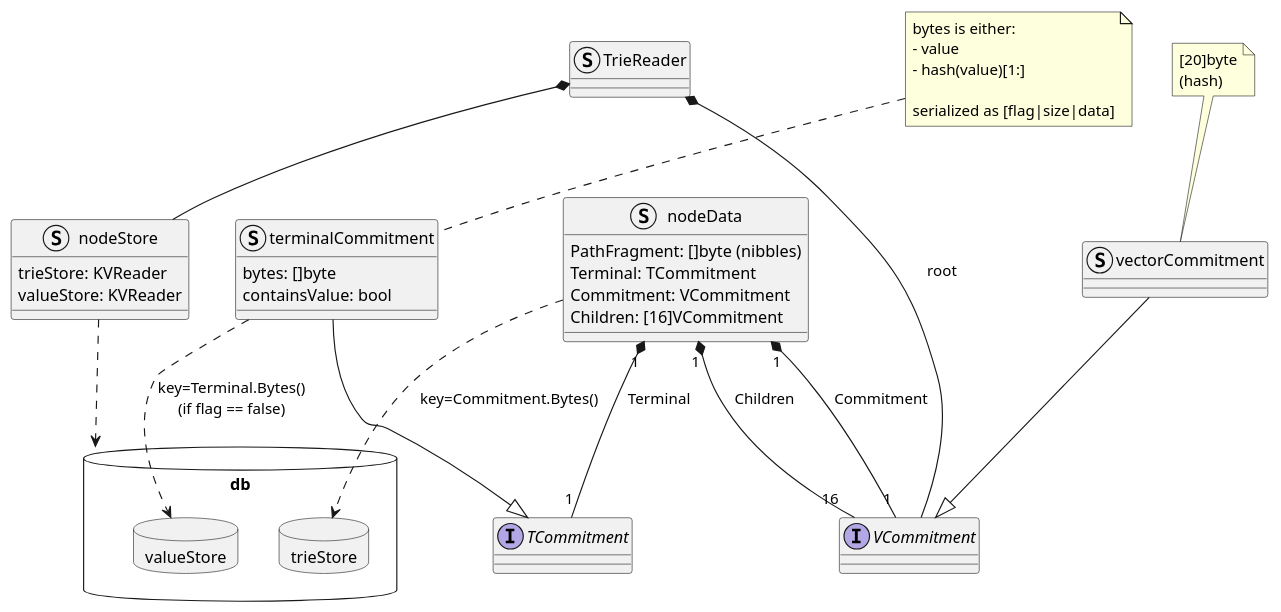
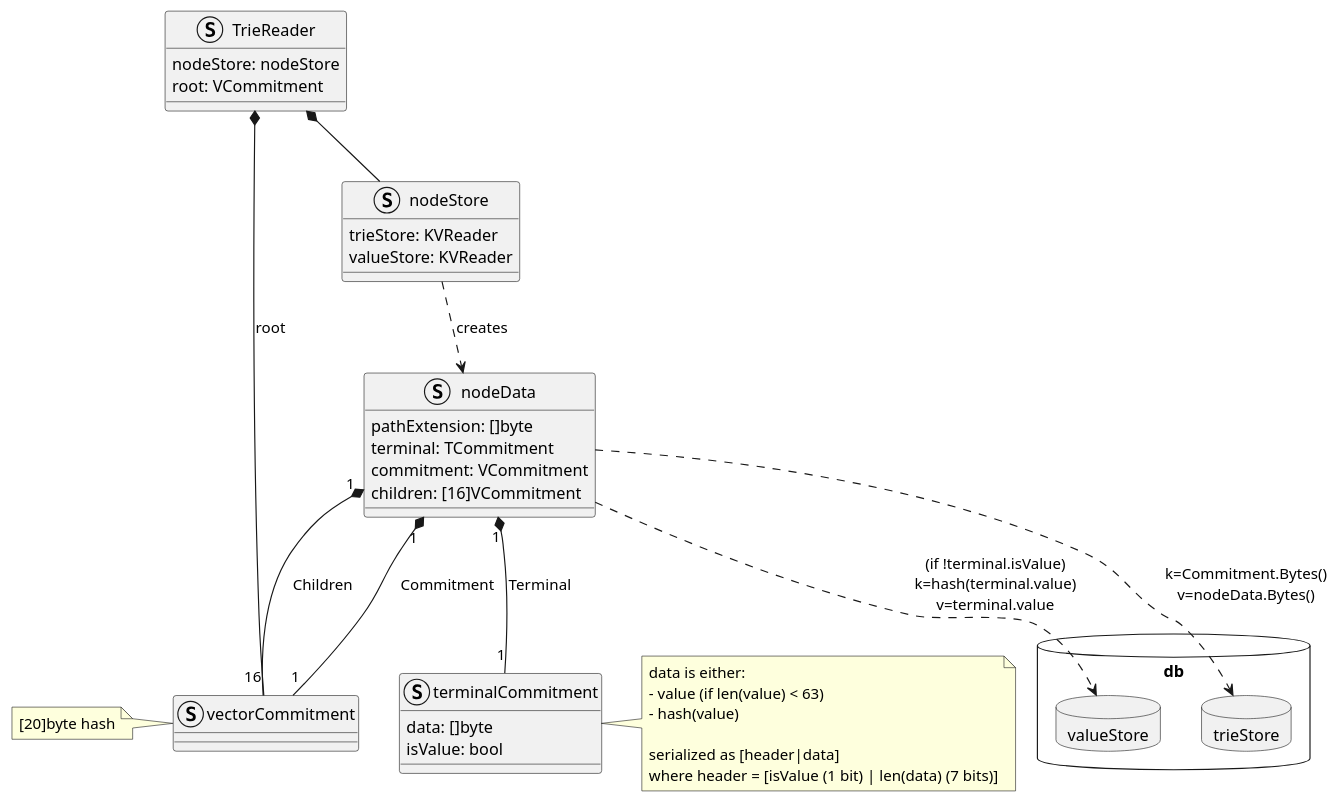
One commit to dessaya/wasp changed the diagram in packages/trie/doc/diagram.puml. Above: the diagram before and after it, drawn with PlantUML. The commit also changed 16 other files, not shown here.

Commit message:
add example trie diagram

```diff
--- a/packages/trie/doc/diagram.puml
+++ b/packages/trie/doc/diagram.puml
@@ -1,60 +1,55 @@
 @startuml
-
 struct TrieReader {
+  nodeStore: nodeStore
+  root: VCommitment
 }
-
-interface VCommitment {}
-
-interface TCommitment {}
 
 struct nodeStore {
   trieStore: KVReader
   valueStore: KVReader
 }
 
 struct nodeData {
-  {field} PathFragment: []byte (nibbles)
-  Terminal: TCommitment
-  Commitment: VCommitment
-  Children: [16]VCommitment
+  {field} pathExtension: []byte
+  terminal: TCommitment
+  commitment: VCommitment
+  children: [16]VCommitment
 }
 
 struct terminalCommitment {
-  bytes: []byte
-  containsValue: bool
+  data: []byte
+  isValue: bool
 }
 
-note top of terminalCommitment
-  bytes is either:
-  - value
-  - hash(value)[1:]
+note right of terminalCommitment
+  data is either:
+  - value (if len(value) < 63)
+  - hash(value)
   
-  serialized as [flag|size|data]
+  serialized as [header|data]
+  where header = [isValue (1 bit) | len(data) (7 bits)]
 end note
 
 struct vectorCommitment {}
 
-note top of vectorCommitment
-  [20]byte
-  (hash)
+note left of vectorCommitment
+  [20]byte hash
 end note
 
 package db <<Database>> {
   package valueStore <<Database>> {
   }
   package trieStore <<Database>> {
   }
 }
 
 TrieReader *-- nodeStore
-TrieReader *-- VCommitment: root
-nodeStore ..> db
-nodeData ..> trieStore: "key=Commitment.Bytes()"
-terminalCommitment ..> valueStore: "key=Terminal.Bytes()\n(if flag == false)"
-nodeData "1" *-- "1" TCommitment: Terminal
-nodeData "1" *-- "1" VCommitment: Commitment
-nodeData "1" *-- "16" VCommitment: Children
-vectorCommitment --|> VCommitment
-terminalCommitment --|> TCommitment
+TrieReader *-- vectorCommitment: root
+nodeData ..> trieStore: "k=Commitment.Bytes()\nv=nodeData.Bytes()"
+nodeData ..> valueStore: "(if !terminal.isValue)\nk=hash(terminal.value)\nv=terminal.value"
+nodeData "1" *-- "1" terminalCommitment: Terminal
+nodeData "1" *-- "1" vectorCommitment: Commitment
+nodeData "1" *-- "16" vectorCommitment: Children
+nodeStore ..> nodeData: creates
 
 @enduml
```
